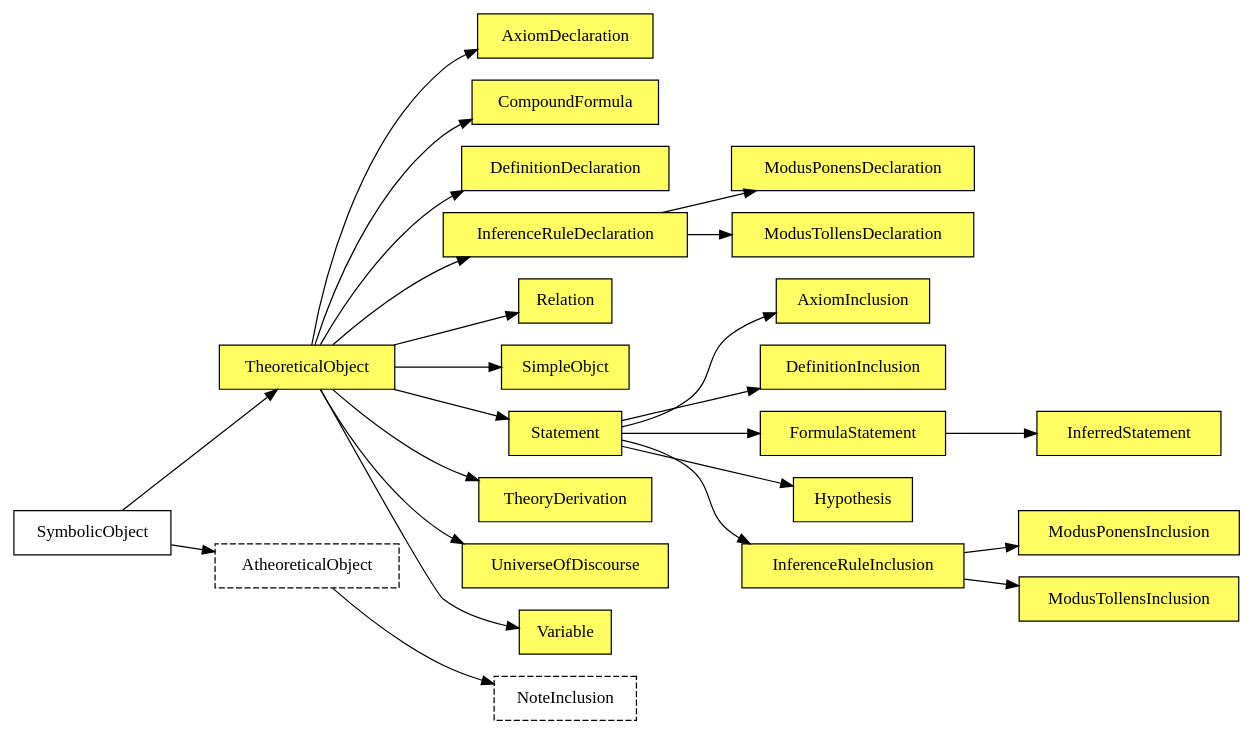
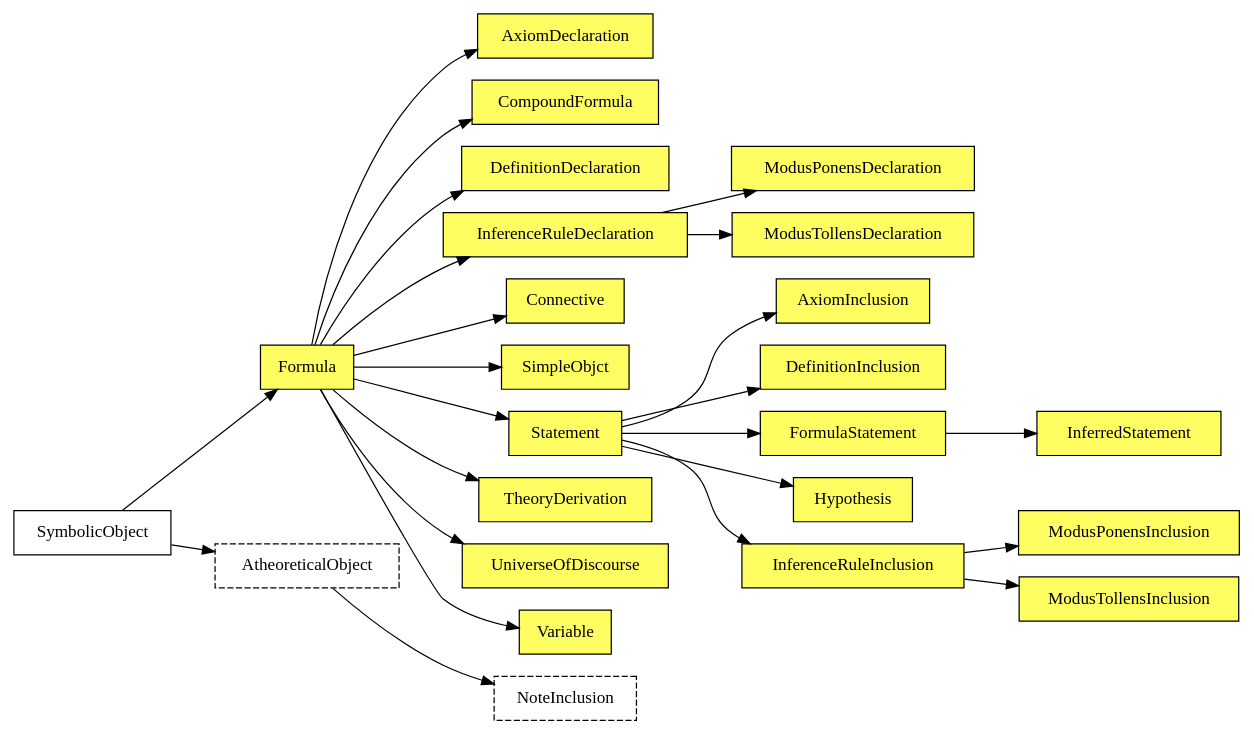
Before and after one commit to daviddoret/punctilious: the diagram in docs/source/python/class/class_diagram.rst, drawn with Graphviz. The commit also changed 121 other files, not shown here.

```diff
--- a/docs/source/python/class/class_diagram.rst
+++ b/docs/source/python/class/class_diagram.rst
@@ -14,58 +14,58 @@
 .. graphviz::
 
    digraph "Punctilious data model" {
       rankdir = LR;
       node [shape=box];
       fontname="Arial";
       fontsize="20pt";
 
-      TheoreticalObject [style=filled, fillcolor="#FEFE62"];
+      Formula [style=filled, fillcolor="#FEFE62"];
       AxiomDeclaration [style=filled, fillcolor="#FEFE62"];
       CompoundFormula [style=filled, fillcolor="#FEFE62"];
       DefinitionDeclaration [style=filled, fillcolor="#FEFE62"];
       InferenceRuleDeclaration [style=filled, fillcolor="#FEFE62"];
-      Relation [style=filled, fillcolor="#FEFE62"];
+      Connective [style=filled, fillcolor="#FEFE62"];
       SimpleObjct [style=filled, fillcolor="#FEFE62"];
       Statement [style=filled, fillcolor="#FEFE62"];
       TheoryDerivation [style=filled, fillcolor="#FEFE62"];
       UniverseOfDiscourse [style=filled, fillcolor="#FEFE62"];
       Variable [style=filled, fillcolor="#FEFE62"];
       AxiomInclusion [style=filled, fillcolor="#FEFE62"];
       DefinitionInclusion [style=filled, fillcolor="#FEFE62"];
       FormulaStatement [style=filled, fillcolor="#FEFE62"];
       Hypothesis [style=filled, fillcolor="#FEFE62"];
       InferenceRuleInclusion [style=filled, fillcolor="#FEFE62"];
       ModusPonensInclusion [style=filled, fillcolor="#FEFE62"];
       ModusTollensInclusion [style=filled, fillcolor="#FEFE62"];
       ModusPonensDeclaration [style=filled, fillcolor="#FEFE62"];
       ModusTollensDeclaration [style=filled, fillcolor="#FEFE62"];
       InferredStatement [style=filled, fillcolor="#FEFE62"];
 
       AtheoreticalObject [style=dashed];
       NoteInclusion [style=dashed];
 
       "SymbolicObject" -> "AtheoreticalObject";
-      "SymbolicObject" -> "TheoreticalObject";
-      "TheoreticalObject" -> "AxiomDeclaration";
-      "TheoreticalObject" -> "CompoundFormula";
-      "TheoreticalObject" -> "DefinitionDeclaration";
-      "TheoreticalObject" -> "InferenceRuleDeclaration";
-      "TheoreticalObject" -> "Relation";
-      "TheoreticalObject" -> "SimpleObjct";
-      "TheoreticalObject" -> "Statement";
-      "TheoreticalObject" -> "TheoryDerivation";
-      "TheoreticalObject" -> "UniverseOfDiscourse";
-      "TheoreticalObject" -> "Variable";
+      "SymbolicObject" -> "Formula";
+      "Formula" -> "AxiomDeclaration";
+      "Formula" -> "CompoundFormula";
+      "Formula" -> "DefinitionDeclaration";
+      "Formula" -> "InferenceRuleDeclaration";
+      "Formula" -> "Connective";
+      "Formula" -> "SimpleObjct";
+      "Formula" -> "Statement";
+      "Formula" -> "TheoryDerivation";
+      "Formula" -> "UniverseOfDiscourse";
+      "Formula" -> "Variable";
       "Statement" -> "AxiomInclusion";
       "Statement" -> "DefinitionInclusion";
       "Statement" -> "FormulaStatement";
       "Statement" -> "Hypothesis";
       "Statement" -> "InferenceRuleInclusion";
       "InferenceRuleInclusion" -> "ModusPonensInclusion";
       "InferenceRuleInclusion" -> "ModusTollensInclusion";
       "InferenceRuleDeclaration" -> "ModusPonensDeclaration";
       "InferenceRuleDeclaration" -> "ModusTollensDeclaration";
       "AtheoreticalObject" -> "NoteInclusion";
       "FormulaStatement" -> "InferredStatement";
 
    }
```
